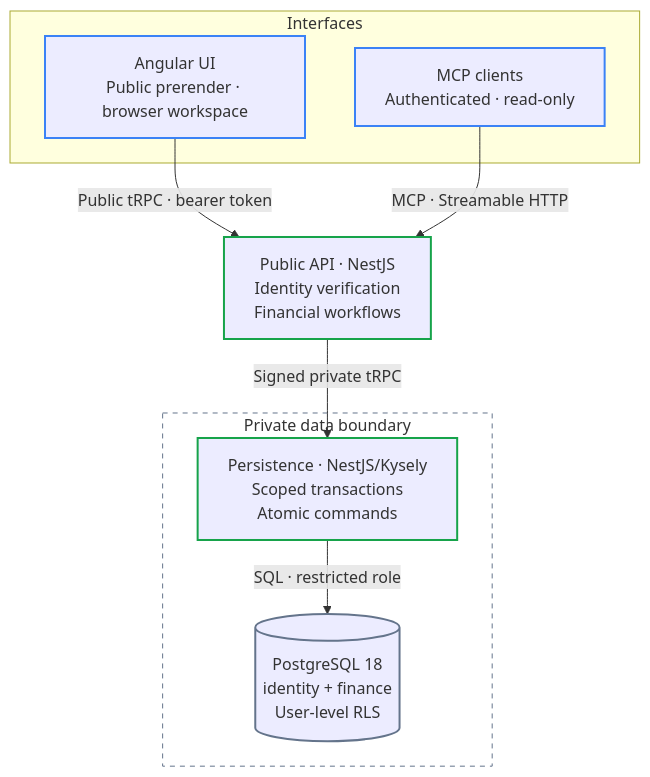
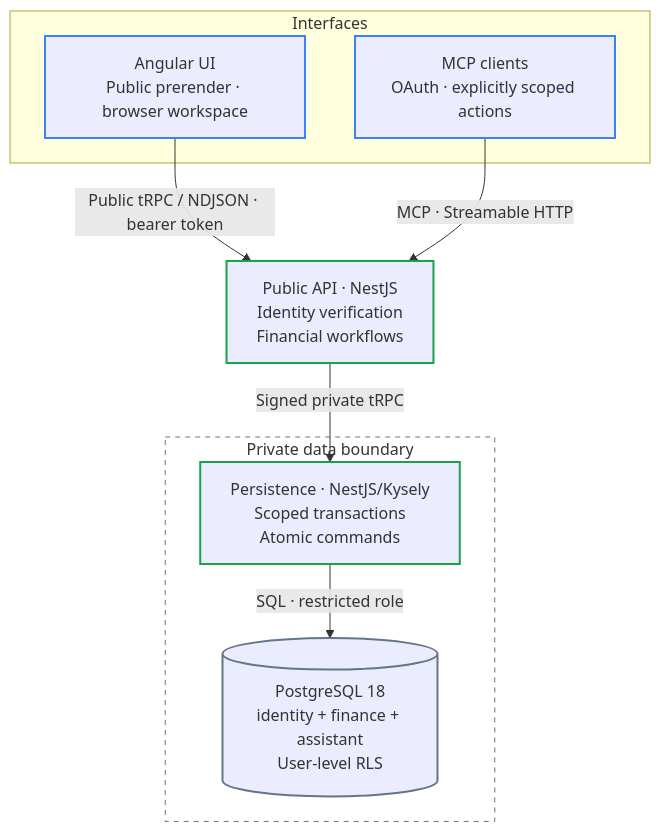
Before and after one commit to ig-peralta/LazyFinance: the diagram in README.md, drawn with Mermaid. The commit also changed other lines of this file and 130 other files, not shown here.

First line of the commit message:
feat(assistant): deliver grounded chat and approved financial actions (#36)

````diff
--- a/README.md
+++ b/README.md
@@ -19,28 +19,28 @@
 ```mermaid
 flowchart TB
     subgraph interfaces["Interfaces"]
         ui["Angular UI<br/>Public prerender · browser workspace"]
-        mcp["MCP clients<br/>Authenticated · read-only"]
+        mcp["MCP clients<br/>OAuth · explicitly scoped actions"]
     end
 
     api["Public API · NestJS<br/>Identity verification<br/>Financial workflows"]
 
     subgraph privateData["Private data boundary"]
         persistence["Persistence · NestJS/Kysely<br/>Scoped transactions<br/>Atomic commands"]
-        postgres[("PostgreSQL 18<br/>identity + finance<br/>User-level RLS")]
+        postgres[("PostgreSQL 18<br/>identity + finance + assistant<br/>User-level RLS")]
 
         persistence -->|SQL · restricted role| postgres
     end
 
-    ui -->|Public tRPC · bearer token| api
+    ui -->|Public tRPC / NDJSON · bearer token| api
     mcp -->|MCP · Streamable HTTP| api
     api -->|Signed private tRPC| persistence
 
     classDef interface stroke:#3b82f6,stroke-width:2px
     classDef service stroke:#16a34a,stroke-width:2px
     classDef database stroke:#64748b,stroke-width:2px
     class ui,mcp interface
     class api,persistence service
     class postgres database
     style privateData fill:none,stroke:#64748b,stroke-dasharray:5 5
 ```
````
